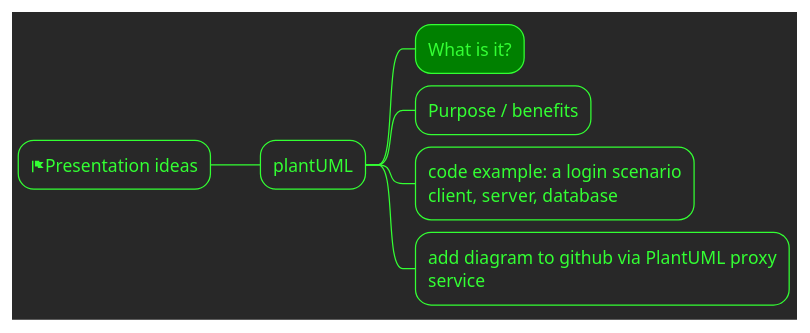
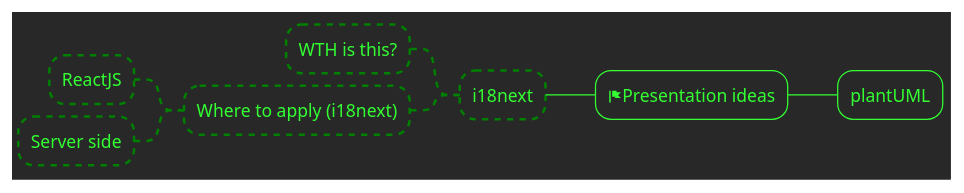
Before and after one commit to phuhh98/plantuml-examples: the diagram in ideas.pu, drawn with PlantUML. The commit also changed 1 other file, not shown here.

Commit message:
new login scenario

```diff
--- a/ideas.pu
+++ b/ideas.pu
@@ -1,62 +1,68 @@
 @startmindmap
 ' skinparam Monochrome reverse
 !theme crt-green
 
 <style>
 .dotBox * {
 	LineStyle 5
     LineThickness 2
     LineColor green
+}
+.dotArrow {
+	arrow {
+		LineStyle 5
+    	LineThickness 2
+    	LineColor green
+	}
 }
 
 .activate {
 	BackgroundColor green
 }
 .deactivate {
 	BackgroundColor Sienna
 }
 </style>
 
 + <&flag>Presentation ideas
 
 ++ plantUML 
-+++ What is it? <<activate>>
+' +++ WHAT 
 
 ' ++++ UML - Unified Modeling Language <<dotBox>>
-' ****:plantUML and
-' plantUML extension on VS code;
+' ++++ plantUML and \nplantUML extension on VS code;
 
 
-+++ Purpose / benefits
+' +++ Purpose / benefits <<activate>>
 
-' ++++ Helps us to create a visual representation/documentation of our code flow
+' ++++ Help us to create a visual representation/documentation of our code flow
 ' ++++ Support many kinds of diagram: class, object, sequence, activity, and use case diagrams.
-' ++++ Easy to update
+
+'create a visual representation of those abstract ideas in our mind
 
 
-***:code example: a login scenario
-client, server, database;
+' +++ code example: a login scenario \nclient, server, database
 
 
 ' ***:customize style with
 '  - skinparam [__skinProp__] [__propValue__]
 '  - !theme [__themeName__];
 
 
-+++ add diagram to github via PlantUML proxy service
+' +++ add diagram to github via PlantUML proxy service
 
 ' ****: add this line to your markdown file
 ' ![alternativeText](http://www.plantuml.com/plantuml/proxy?src=RESOURCE&idx=INDEX&fmt=FORMAT);
 
 
 
 ' REMOVED
 
-' -- i18next <<dotBox>>
-' --- WTH is this?
-' --- Where to apply (i18next)
-' ---- ReactJS 
-' ---- Server side 
+-- i18next <<dotBox>>
+--- WTH is this?
+--- Where to apply (i18next) <<dotArrow>>
+---- ReactJS 
+---- Server side 
 
 
 @endmindmap
```
